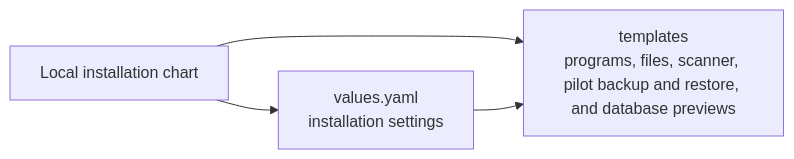
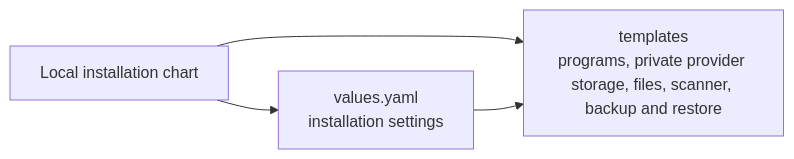
Before and after one commit to elewa-git/opencrane-new: the diagram in infra/package/chart/templates/README.md, drawn with Mermaid. The commit also changed other lines of this file and 201 other files, not shown here.

````diff
--- a/infra/package/chart/templates/README.md
+++ b/infra/package/chart/templates/README.md
@@ -52,6 +55,6 @@
 ```mermaid
 flowchart LR
-  chart["Local installation chart"] --> templates["templates<br/>programs, files, scanner, pilot backup and restore, and database previews"]
+  chart["Local installation chart"] --> templates["templates<br/>programs, private provider storage, files, scanner, backup and restore"]
   chart --> values["values.yaml<br/>installation settings"]
   values --> templates
 ```
````
